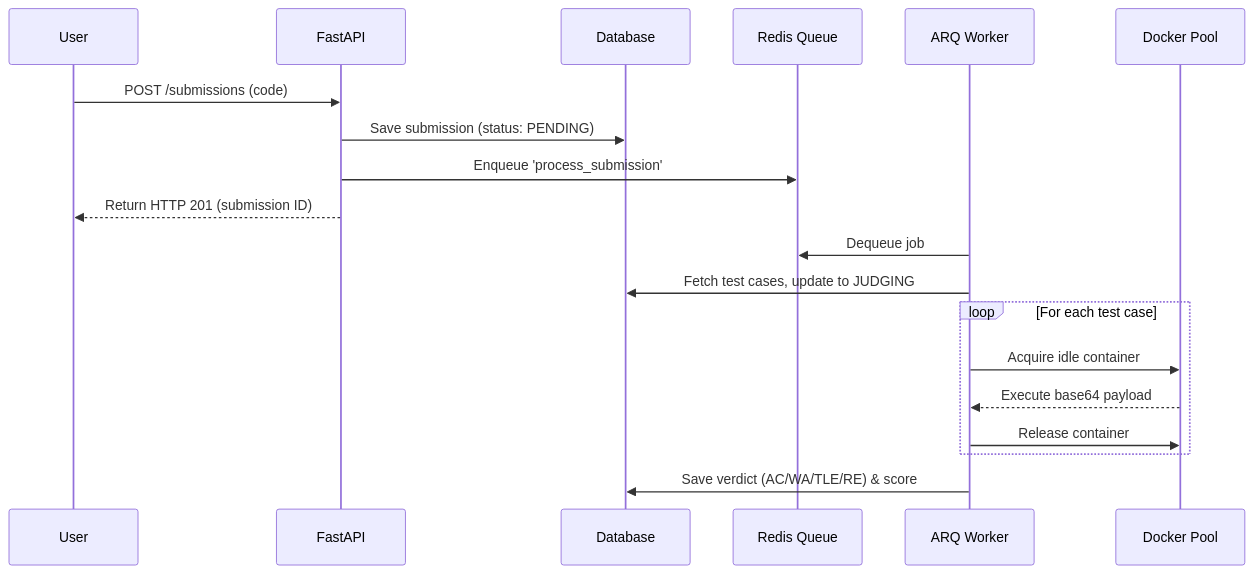
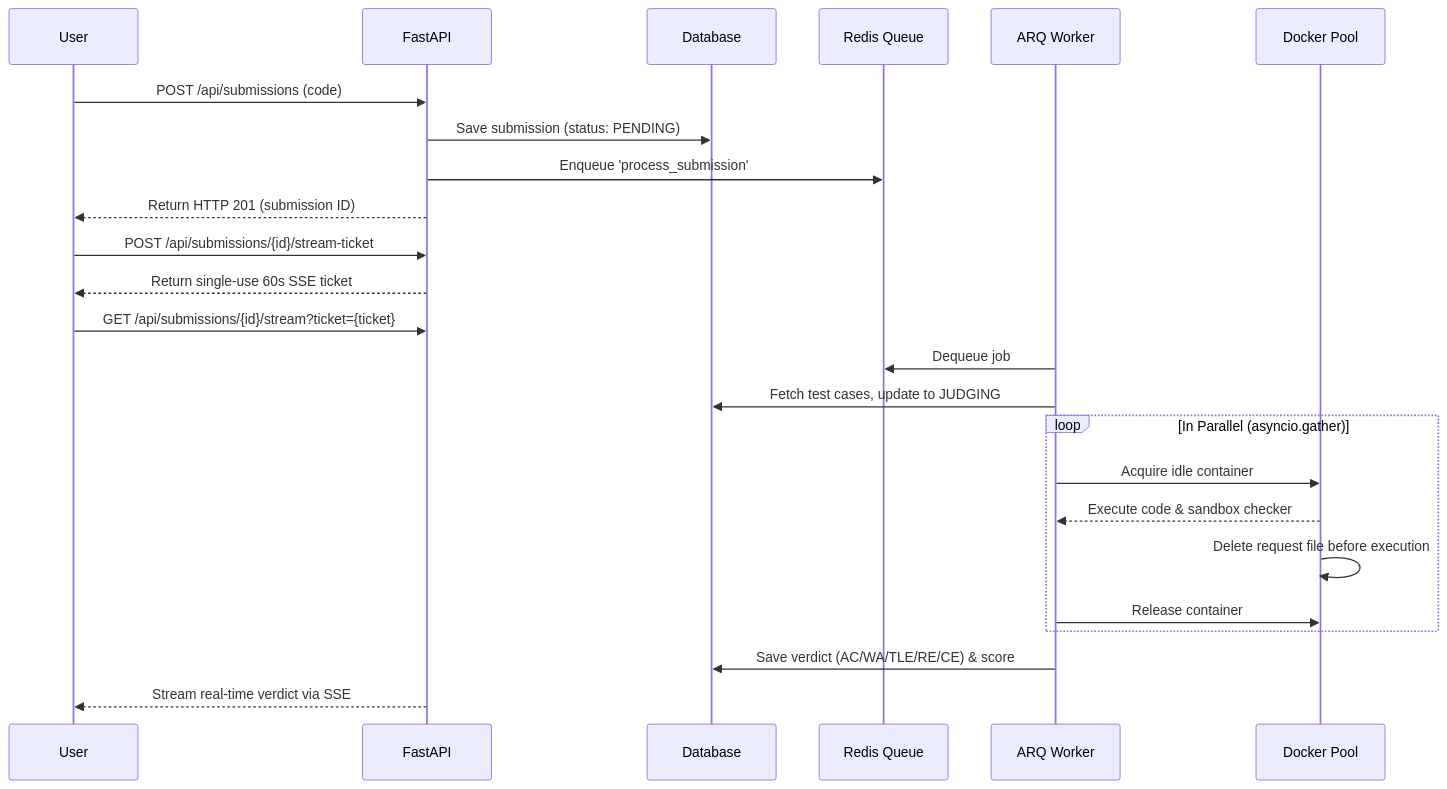
Before and after one commit to genesis-kb/hello-bitcoin: the diagram in ARCHITECTURE.md, drawn with Mermaid. The commit also changed other lines of this file and 24 other files, not shown here.

````diff
--- a/ARCHITECTURE.md
+++ b/ARCHITECTURE.md
@@ -24,23 +24,29 @@
 ```mermaid
 sequenceDiagram
     participant User
     participant FastAPI
     participant Database
     participant Redis Queue
     participant ARQ Worker
     participant Docker Pool
     
-    User->>FastAPI: POST /submissions (code)
+    User->>FastAPI: POST /api/submissions (code)
     FastAPI->>Database: Save submission (status: PENDING)
     FastAPI->>Redis Queue: Enqueue 'process_submission'
     FastAPI-->>User: Return HTTP 201 (submission ID)
     
+    User->>FastAPI: POST /api/submissions/{id}/stream-ticket
+    FastAPI-->>User: Return single-use 60s SSE ticket
+    User->>FastAPI: GET /api/submissions/{id}/stream?ticket={ticket}
+    
     ARQ Worker->>Redis Queue: Dequeue job
     ARQ Worker->>Database: Fetch test cases, update to JUDGING
-    loop For each test case
+    loop In Parallel (asyncio.gather)
         ARQ Worker->>Docker Pool: Acquire idle container
-        Docker Pool-->>ARQ Worker: Execute base64 payload
+        Docker Pool-->>ARQ Worker: Execute code & sandbox checker
+        Docker Pool->>Docker Pool: Delete request file before execution
         ARQ Worker->>Docker Pool: Release container
     end
-    ARQ Worker->>Database: Save verdict (AC/WA/TLE/RE) & score
+    ARQ Worker->>Database: Save verdict (AC/WA/TLE/RE/CE) & score
+    FastAPI-->>User: Stream real-time verdict via SSE
 ```
````
